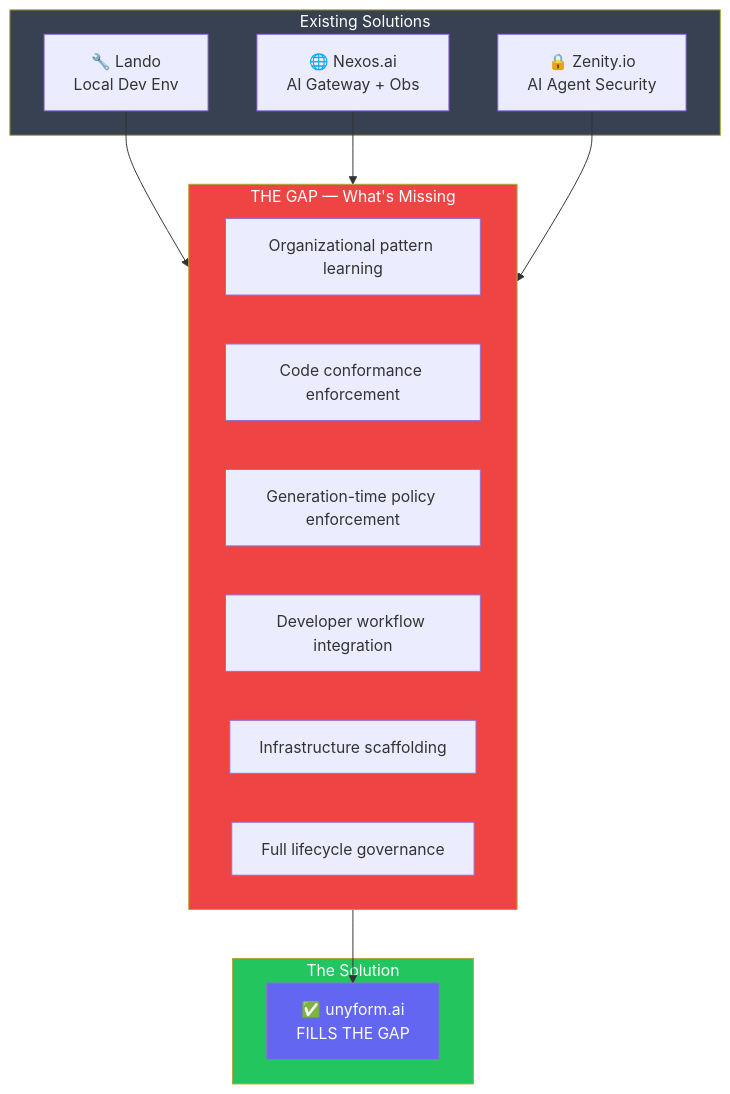
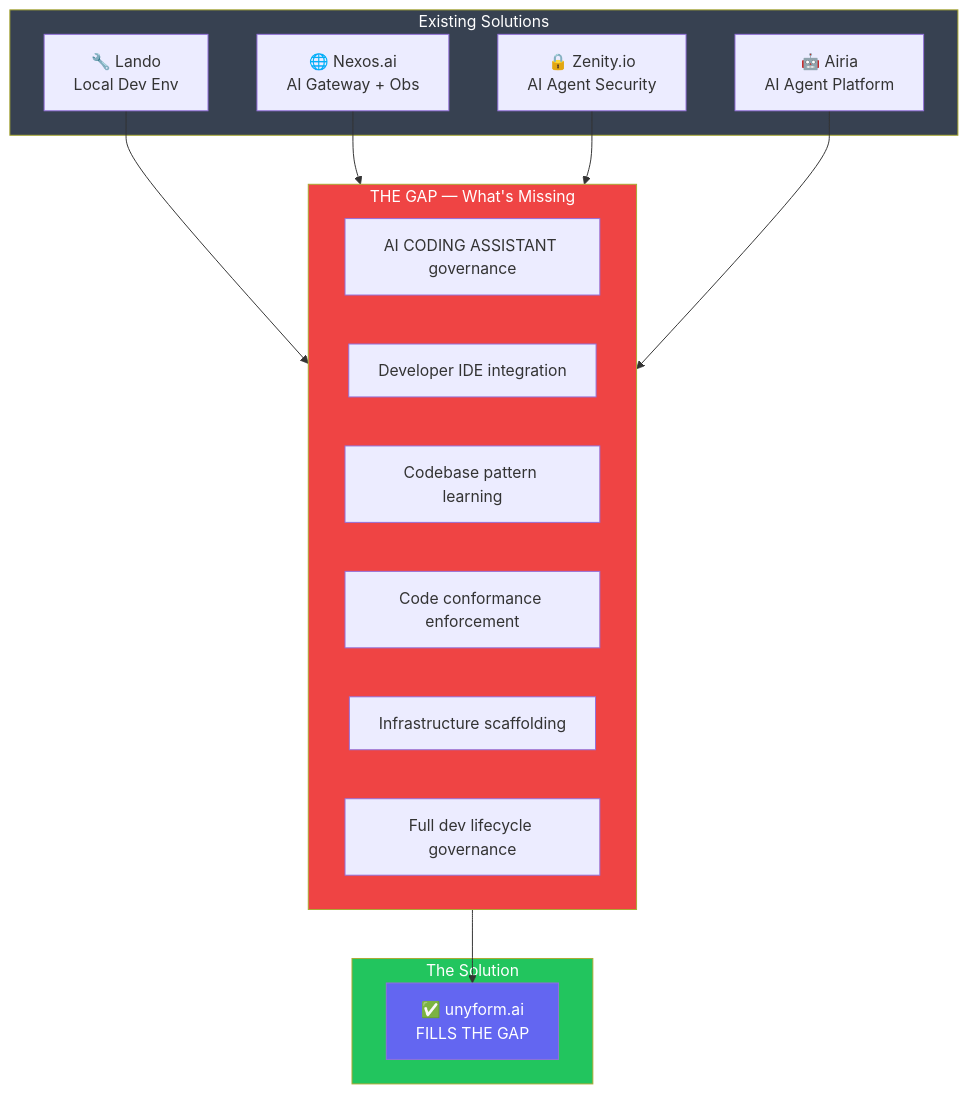
The fourth of 5 diagrams in docs/unyform/COMPETITIVE_ANALYSIS.md (Dev916/mech-crate), drawn with Mermaid before and after one commit. The commit also changed other lines of this file, not shown here.

Commit message:
docs: update competitive analysis to include Airia as an adjacent horizontal platform

````diff
--- a/docs/unyform/COMPETITIVE_ANALYSIS.md
+++ b/docs/unyform/COMPETITIVE_ANALYSIS.md
@@ -409,31 +565,33 @@
 ```mermaid
 flowchart TB
     subgraph competitors ["Existing Solutions"]
         LANDO["🔧 Lando<br/>Local Dev Env"]
         NEXOS["🌐 Nexos.ai<br/>AI Gateway + Obs"]
         ZENITY["🔒 Zenity.io<br/>AI Agent Security"]
+        AIRIA["🤖 Airia<br/>AI Agent Platform"]
     end
     
     subgraph gap ["THE GAP — What's Missing"]
-        G1["Organizational pattern learning"]
-        G2["Code conformance enforcement"]
-        G3["Generation-time policy enforcement"]
-        G4["Developer workflow integration"]
+        G1["AI CODING ASSISTANT governance"]
+        G2["Developer IDE integration"]
+        G3["Codebase pattern learning"]
+        G4["Code conformance enforcement"]
         G5["Infrastructure scaffolding"]
-        G6["Full lifecycle governance"]
+        G6["Full dev lifecycle governance"]
     end
     
     subgraph solution ["The Solution"]
         UNY["✅ unyform.ai<br/>FILLS THE GAP"]
     end
     
     LANDO --> gap
     NEXOS --> gap
     ZENITY --> gap
+    AIRIA --> gap
     gap --> UNY
     
     style competitors fill:#374151,color:#fff
     style gap fill:#ef4444,color:#fff
     style solution fill:#22c55e,color:#fff
     style UNY fill:#6366f1,color:#fff
 ```
````
